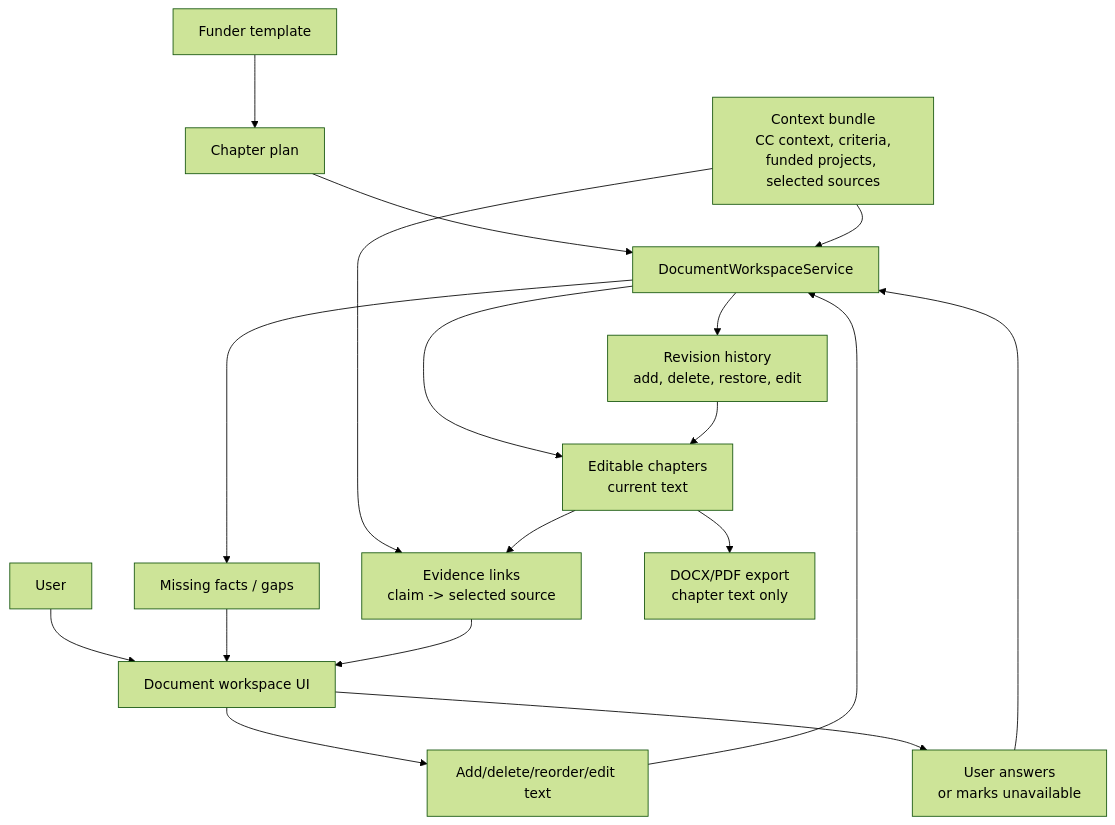
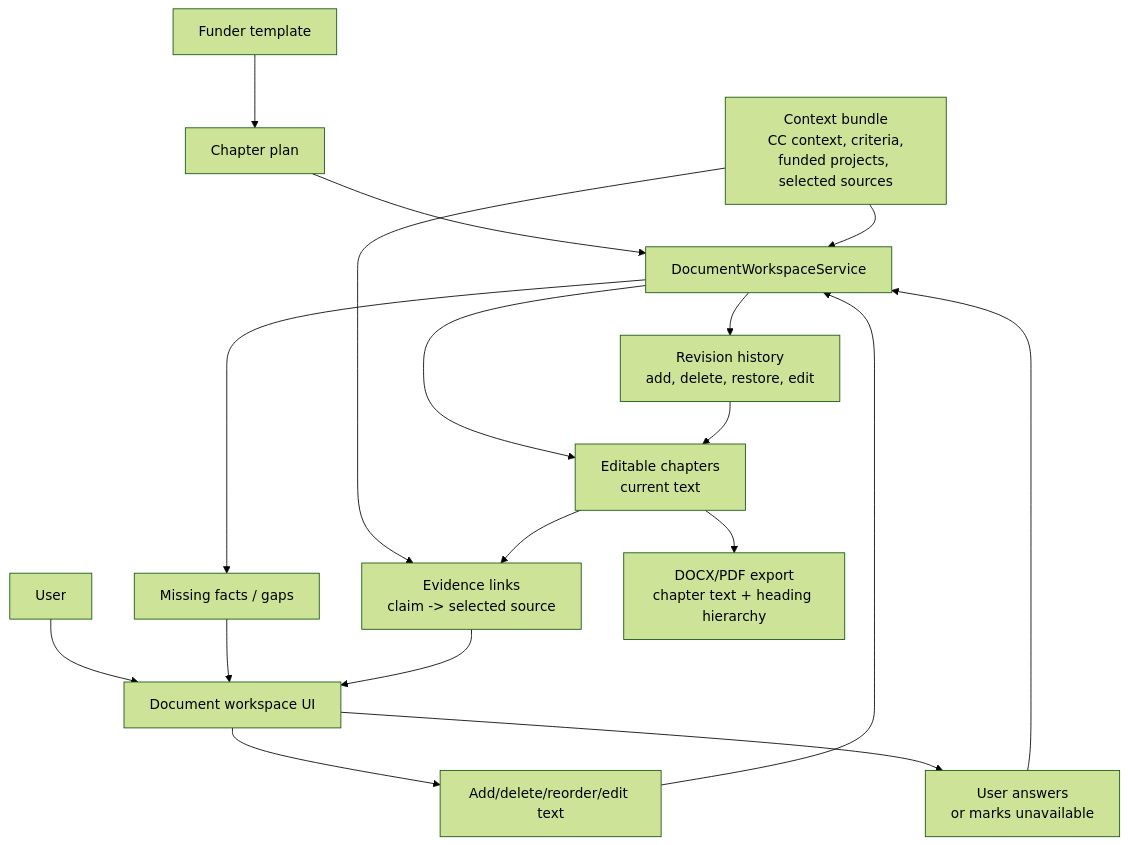
Before and after one commit to Open-Earth-Foundation/CityCatalyst: the tenth of 14 diagrams in docs/ConceptNoteBuilderArchitecture.md, drawn with Mermaid (forest theme). The commit also changed other lines of this file and 25 other files, not shown here.

````diff
--- a/docs/ConceptNoteBuilderArchitecture.md
+++ b/docs/ConceptNoteBuilderArchitecture.md
@@ -1413,20 +1413,20 @@
 ```mermaid
 flowchart TB
     Template["Funder template"] --> ChapterPlan["Chapter plan"]
     ChapterPlan --> DocService["DocumentWorkspaceService"]
     Context["Context bundle<br/>CC context, criteria,<br/>funded projects, selected sources"] --> DocService
     User["User"] --> Workspace["Document workspace UI"]
     Workspace --> UserEdits["Add/delete/reorder/edit text"]
     UserEdits --> DocService
     DocService --> Chapters["Editable chapters<br/>current text"]
     DocService --> Revisions["Revision history<br/>add, delete, restore, edit"]
     Revisions --> Chapters
     DocService --> Gaps["Missing facts / gaps"]
     Gaps --> Workspace
     Workspace --> UserAnswers["User answers<br/>or marks unavailable"]
     UserAnswers --> DocService
     Context --> EvidenceLinks["Evidence links<br/>claim -> selected source"]
     Chapters --> EvidenceLinks
     EvidenceLinks --> Workspace
-    Chapters --> Exporter["DOCX/PDF export<br/>chapter text only"]
+    Chapters --> Exporter["DOCX/PDF export<br/>chapter text + heading hierarchy"]
 ```
````
